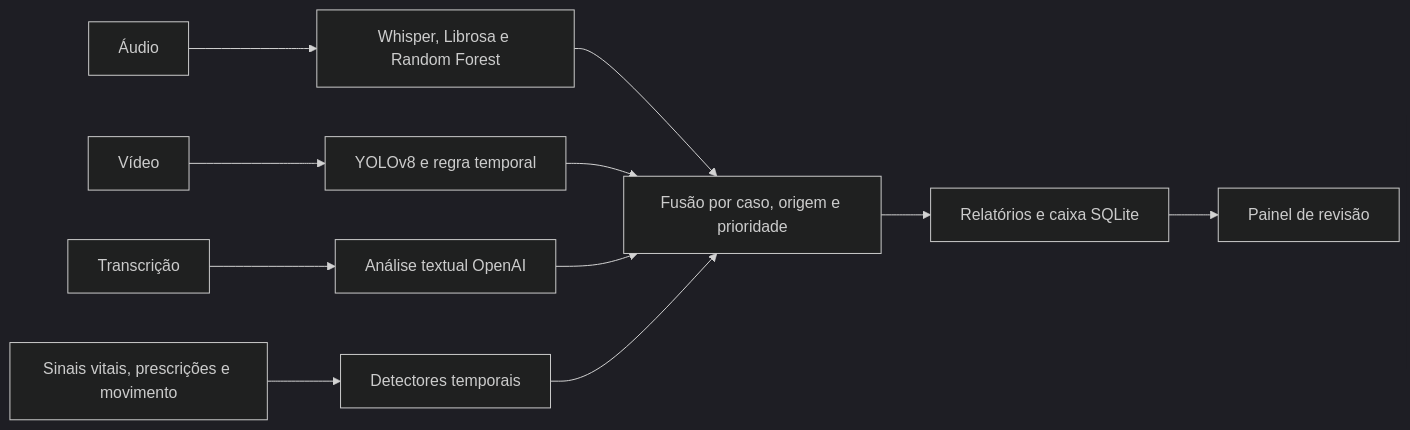
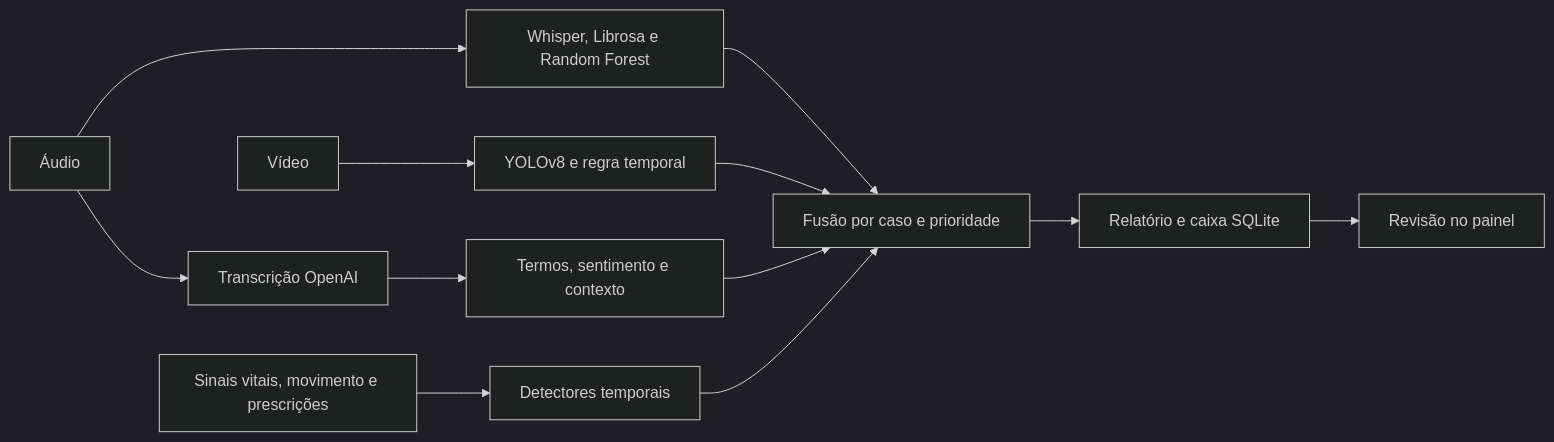
One commit to Val-Faria/TechChallengeFase4 changed the diagram in README.md. Above: the diagram before and after it, drawn with Mermaid (dark theme). The commit also changed other lines of this file and 39 other files, not shown here.

````diff
--- a/README.md
+++ b/README.md
@@ -55,13 +57,14 @@
 ```mermaid
 flowchart LR
  A[Áudio] --> W[Whisper, Librosa e Random Forest]
+ A --> C[Transcrição OpenAI]
+ C --> T[Termos, sentimento e contexto]
  V[Vídeo] --> Y[YOLOv8 e regra temporal]
- T[Transcrição] --> L[Análise textual OpenAI]
- S[Sinais vitais, prescrições e movimento] --> D[Detectores temporais]
- W --> F[Fusão por caso, origem e prioridade]
+ S[Sinais vitais, movimento e prescrições] --> D[Detectores temporais]
+ W --> F[Fusão por caso e prioridade]
  Y --> F
- L --> F
+ T --> F
  D --> F
- F --> R[Relatórios e caixa SQLite]
- R --> P[Painel de revisão]
+ F --> R[Relatório e caixa SQLite]
+ R --> P[Revisão no painel]
 ```
````
